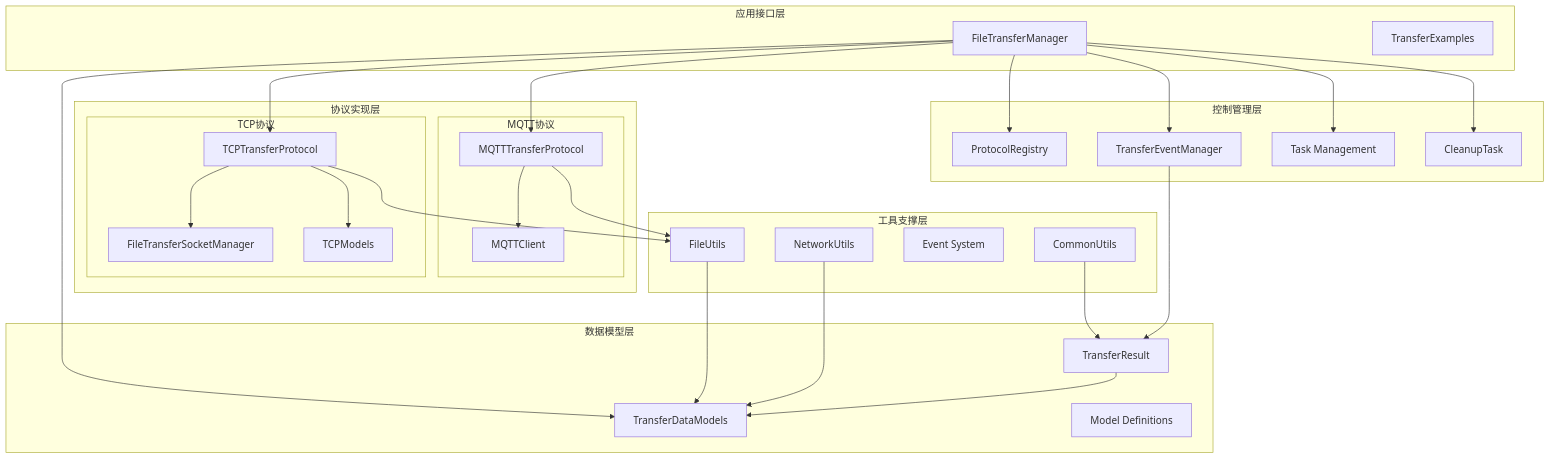
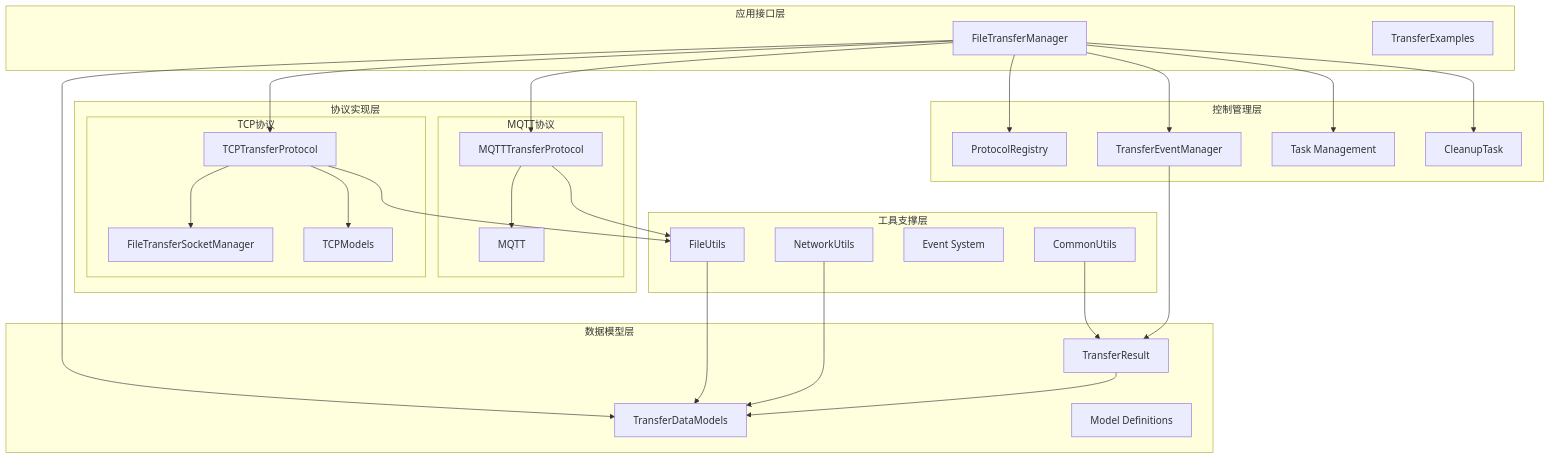
One commit to huo65/OH-Co3 changed the second of 9 diagrams in .qoder/repowiki/zh/content/File Transfer Manager.md. Above: the diagram before and after it, drawn with Mermaid. The commit also changed 11 other files, not shown here.

````diff
--- a/.qoder/repowiki/zh/content/File Transfer Manager.md
+++ b/.qoder/repowiki/zh/content/File Transfer Manager.md
@@ -210,52 +210,52 @@
 ```mermaid
 graph TB
 subgraph "应用接口层"
 API[FileTransferManager]
 EX[TransferExamples]
 end
 subgraph "控制管理层"
 REG[ProtocolRegistry]
 EVT[TransferEventManager]
 TASK[Task Management]
 CLEAN[CleanupTask]
 end
 subgraph "协议实现层"
 subgraph "MQTT协议"
 MQI[MQTTTransferProtocol]
-MQC[MQTTClient]
+MQC[MQTT]
 end
 subgraph "TCP协议"
 TPI[TCPTransferProtocol]
 FSM[FileTransferSocketManager]
 TCPM[TCPModels]
 end
 end
 subgraph "工具支撑层"
 FU[FileUtils]
 NU[NetworkUtils]
 EV[Event System]
 CU[CommonUtils]
 end
 subgraph "数据模型层"
 TR[TransferResult]
 TDM[TransferDataModels]
 MD[Model Definitions]
 end
 API --> REG
 API --> EVT
 API --> TASK
 API --> CLEAN
 API --> TPI
 API --> MQI
 TPI --> FSM
 TPI --> FU
 MQI --> MQC
 MQI --> FU
 API --> TDM
 TPI --> TCPM
 FU --> TDM
 NU --> TDM
 TR --> TDM
 CU --> TR
 EVT --> TR
 ```
````
